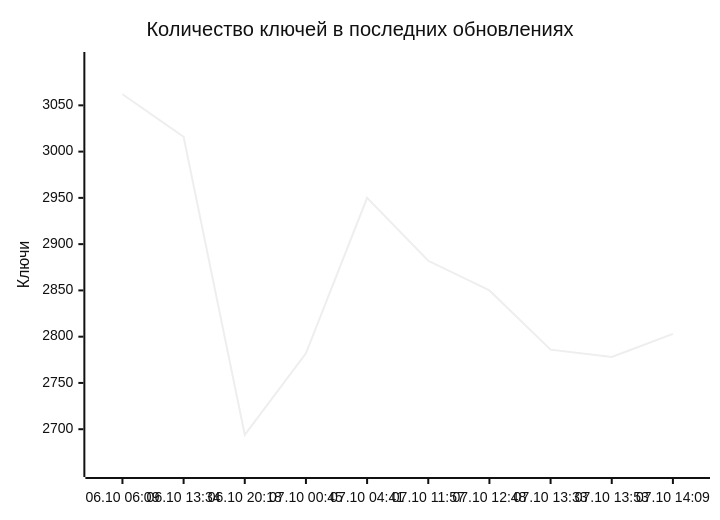
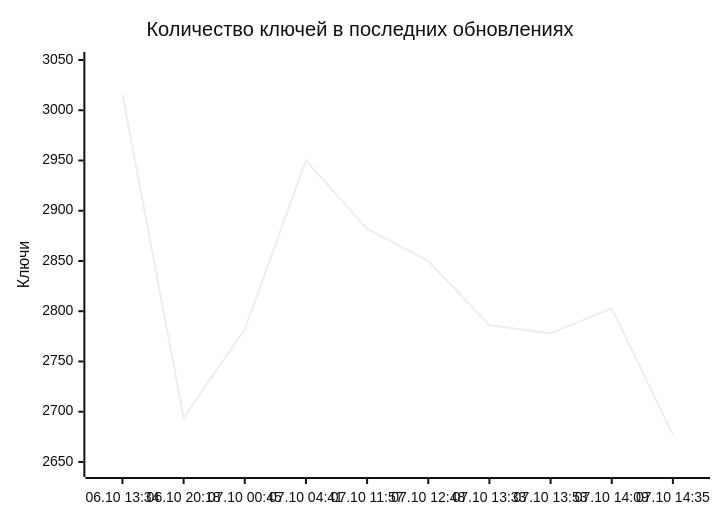
The diagram in README.md (markKikhtenko/WireVeil), drawn with Mermaid (neutral theme) before and after one commit. The commit also changed other lines of this file and 12 other files, not shown here.

````diff
--- a/README.md
+++ b/README.md
@@ -55,7 +55,7 @@
 ```mermaid
 xychart-beta
     title "Количество ключей в последних обновлениях"
-    x-axis ["06.10 06:09", "06.10 13:34", "06.10 20:18", "07.10 00:45", "07.10 04:41", "07.10 11:57", "07.10 12:48", "07.10 13:33", "07.10 13:53", "07.10 14:09"]
-    y-axis "Ключи" 2657 --> 3099
-    line [3062, 3016, 2694, 2782, 2950, 2882, 2850, 2786, 2778, 2803]
+    x-axis ["06.10 13:34", "06.10 20:18", "07.10 00:45", "07.10 04:41", "07.10 11:57", "07.10 12:48", "07.10 13:33", "07.10 13:53", "07.10 14:09", "07.10 14:35"]
+    y-axis "Ключи" 2643 --> 3050
+    line [3016, 2694, 2782, 2950, 2882, 2850, 2786, 2778, 2803, 2677]
 ```
````
